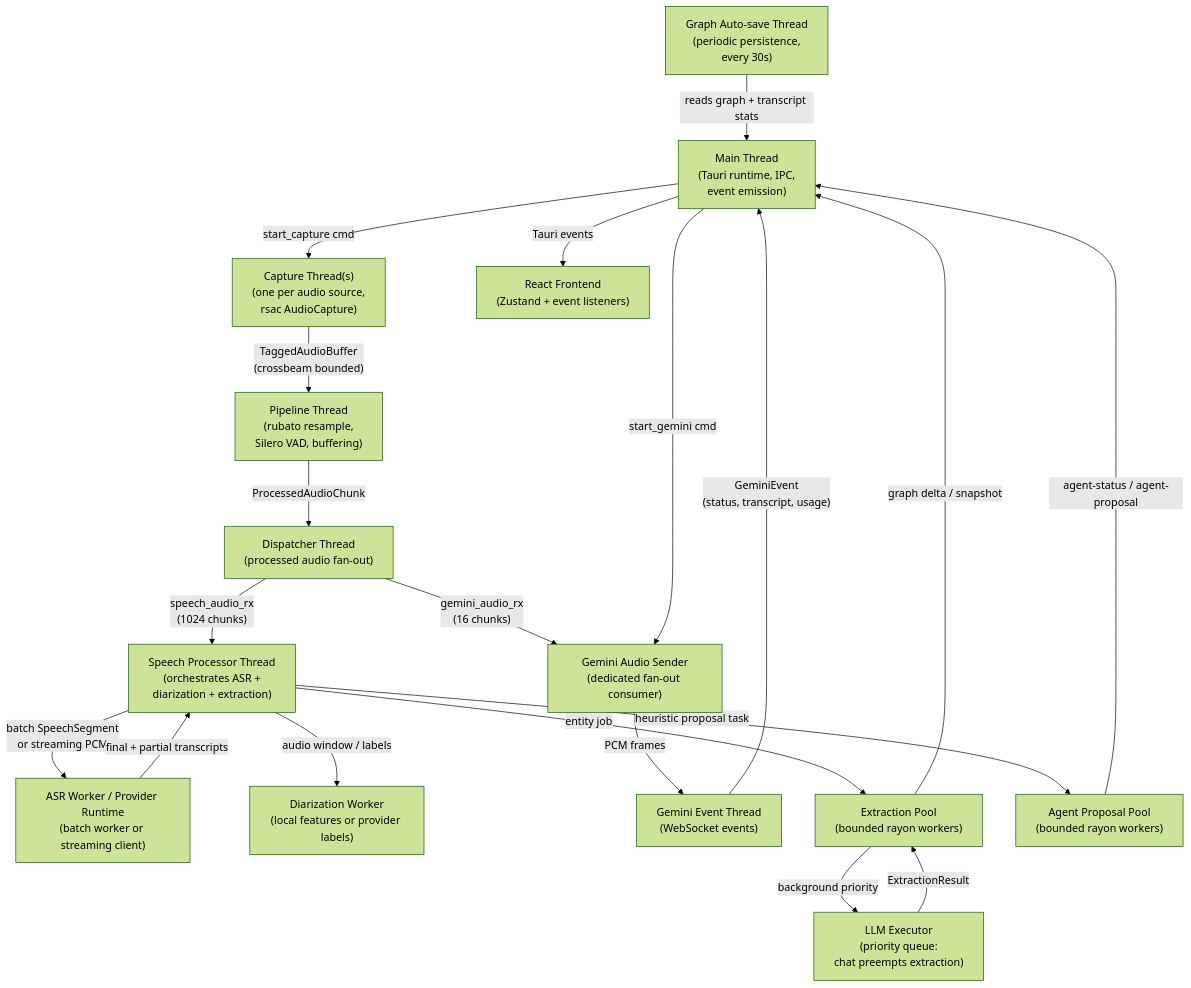
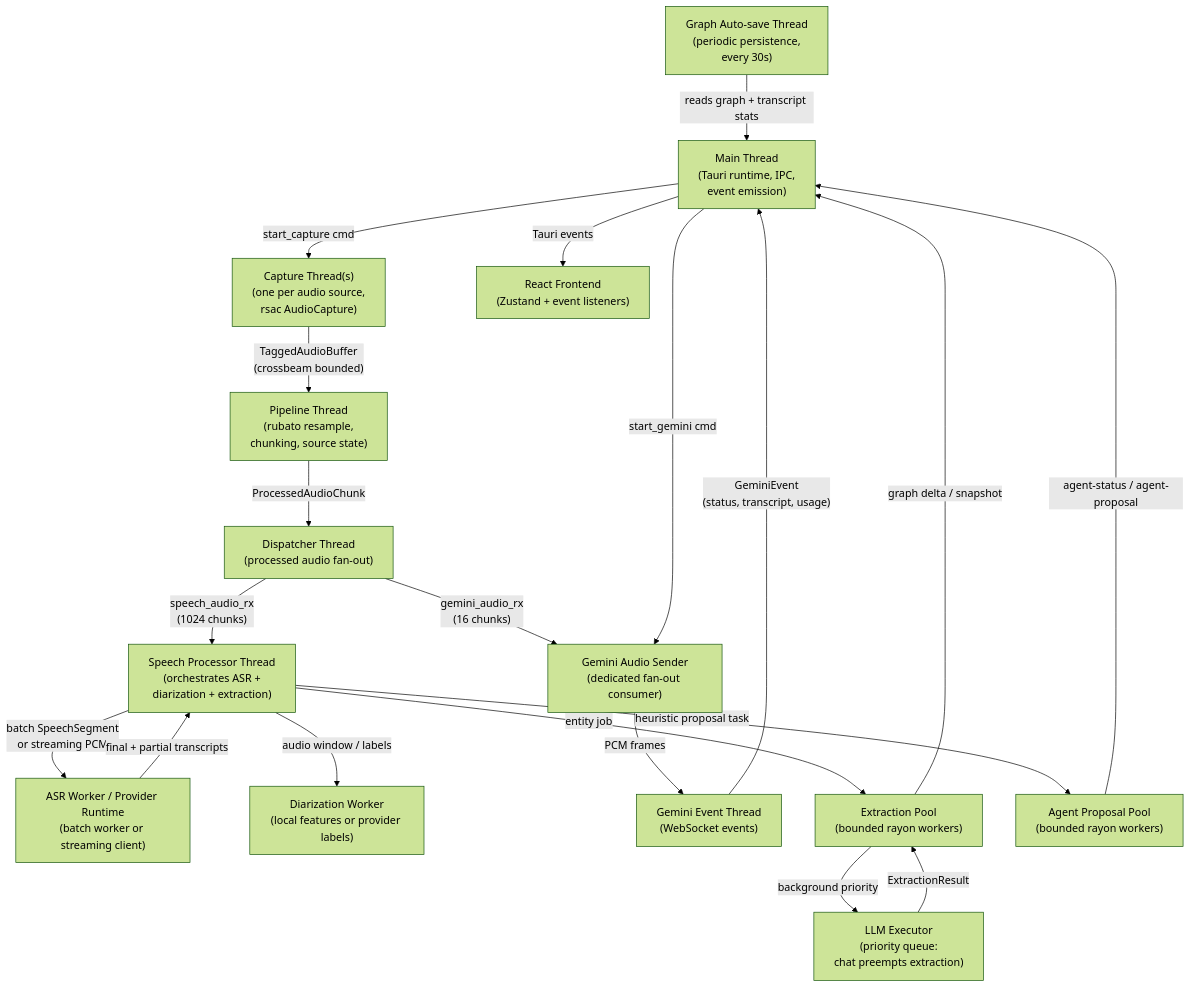
The fifth of 11 diagrams in docs/ARCHITECTURE.md (Codeseys-Labs/audio-graph), drawn with Mermaid (forest theme) before and after one commit. The commit also changed other lines of this file and 38 other files, not shown here.

````diff
--- a/docs/ARCHITECTURE.md
+++ b/docs/ARCHITECTURE.md
@@ -549,37 +557,37 @@
 ```mermaid
 flowchart TD
     MAIN["Main Thread<br/>(Tauri runtime, IPC,<br/>event emission)"]
     CAP["Capture Thread(s)<br/>(one per audio source,<br/>rsac AudioCapture)"]
-    PIPE["Pipeline Thread<br/>(rubato resample,<br/>Silero VAD, buffering)"]
+    PIPE["Pipeline Thread<br/>(rubato resample,<br/>chunking, source state)"]
     DISP["Dispatcher Thread<br/>(processed audio fan-out)"]
     SPEECH["Speech Processor Thread<br/>(orchestrates ASR +<br/>diarization + extraction)"]
     ASR["ASR Worker / Provider Runtime<br/>(batch worker or streaming client)"]
     DIAR["Diarization Worker<br/>(local features or provider labels)"]
     GEMINI_SEND["Gemini Audio Sender<br/>(dedicated fan-out consumer)"]
     GEMINI_EVT["Gemini Event Thread<br/>(WebSocket events)"]
     AUTOSAVE["Graph Auto-save Thread<br/>(periodic persistence,<br/>every 30s)"]
     EXEC["LLM Executor<br/>(priority queue:<br/>chat preempts extraction)"]
     EXPOOL["Extraction Pool<br/>(bounded rayon workers)"]
     AGENT["Agent Proposal Pool<br/>(bounded rayon workers)"]
     UI["React Frontend<br/>(Zustand + event listeners)"]
 
     MAIN -->|"start_capture cmd"| CAP
     CAP -->|"TaggedAudioBuffer<br/>(crossbeam bounded)"| PIPE
     PIPE -->|"ProcessedAudioChunk"| DISP
     DISP -->|"speech_audio_rx<br/>(1024 chunks)"| SPEECH
     DISP -->|"gemini_audio_rx<br/>(16 chunks)"| GEMINI_SEND
     SPEECH -->|"batch SpeechSegment<br/>or streaming PCM"| ASR
     ASR -->|"final + partial transcripts"| SPEECH
     SPEECH -->|"audio window / labels"| DIAR
     SPEECH -->|"entity job"| EXPOOL
     EXPOOL -->|"background priority"| EXEC
     EXEC -->|"ExtractionResult"| EXPOOL
     EXPOOL -->|"graph delta / snapshot"| MAIN
     SPEECH -->|"heuristic proposal task"| AGENT
     AGENT -->|"agent-status / agent-proposal"| MAIN
     MAIN -->|"start_gemini cmd"| GEMINI_SEND
     GEMINI_SEND -->|"PCM frames"| GEMINI_EVT
     GEMINI_EVT -->|"GeminiEvent<br/>(status, transcript, usage)"| MAIN
     MAIN -->|"Tauri events"| UI
     AUTOSAVE -->|"reads graph + transcript stats"| MAIN
 ```
````
